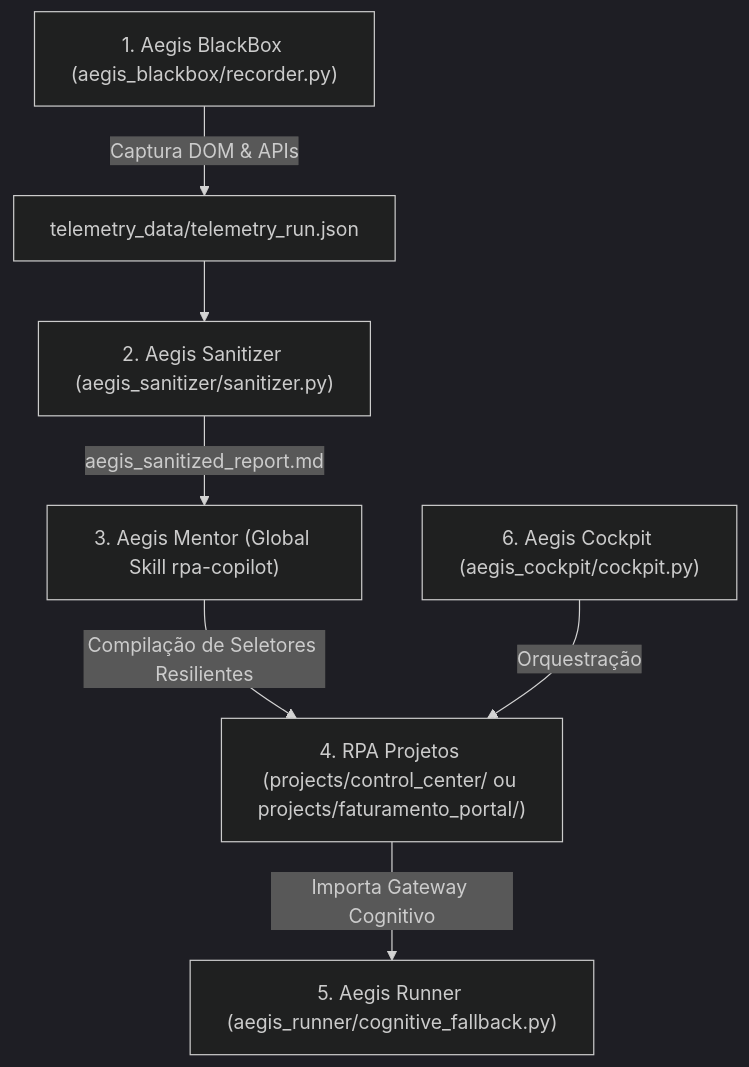
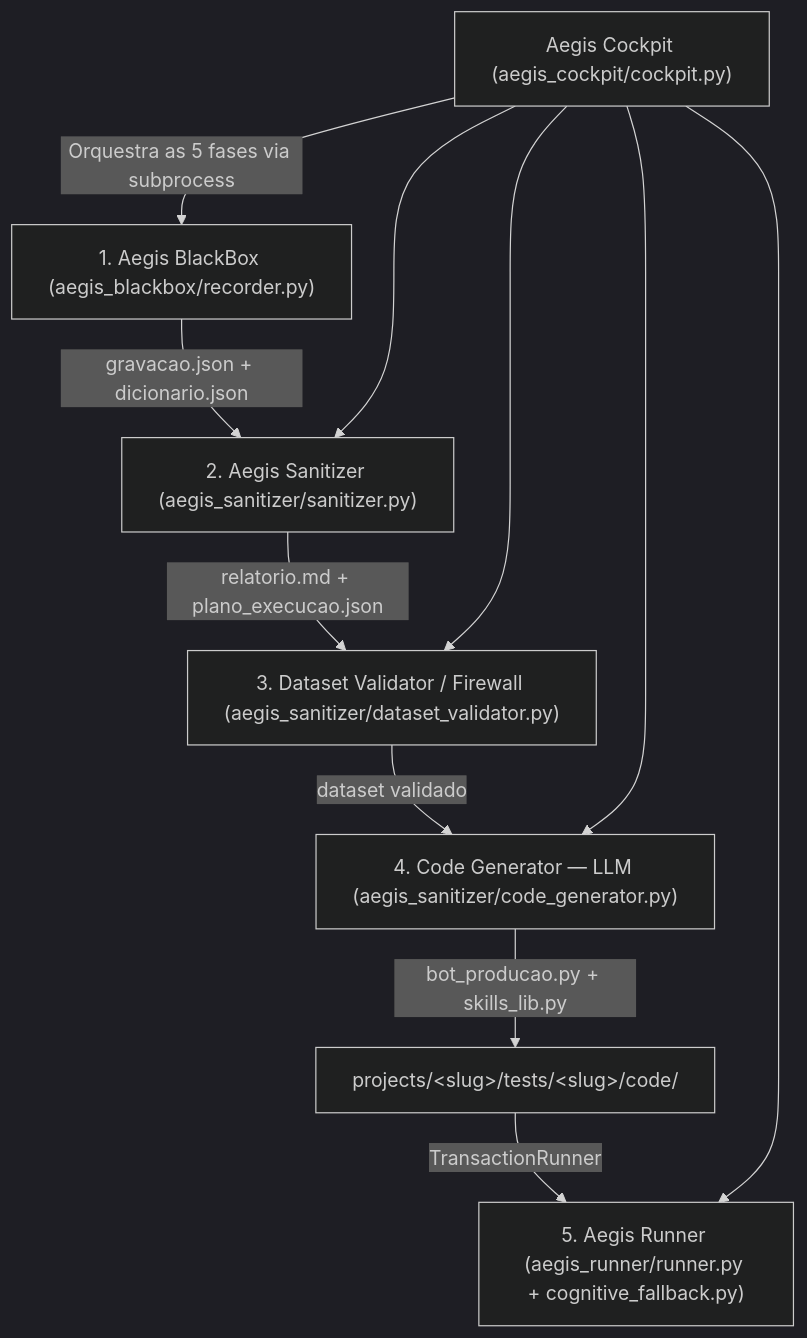
One commit to dseto/aegis_rpa_suite changed the diagram in docs/aegis_architecture_manual.md. Above: the diagram before and after it, drawn with Mermaid (dark theme). The commit also changed other lines of this file and 24 other files, not shown here.

````diff
--- a/docs/aegis_architecture_manual.md
+++ b/docs/aegis_architecture_manual.md
@@ -47,9 +47,13 @@
 ```mermaid
 graph TD
-    A["1. Aegis BlackBox (aegis_blackbox/recorder.py)"] -->|Captura DOM & APIs| B["telemetry_data/telemetry_run.json"]
-    B --> C["2. Aegis Sanitizer (aegis_sanitizer/sanitizer.py)"]
-    C -->|aegis_sanitized_report.md| D["3. Aegis Mentor (Global Skill rpa-copilot)"]
-    D -->|Compilação de Seletores Resilientes| E["4. RPA Projetos (projects/control_center/ ou projects/faturamento_portal/)"]
-    E -->|Importa Gateway Cognitivo| F["5. Aegis Runner (aegis_runner/cognitive_fallback.py)"]
-    G["6. Aegis Cockpit (aegis_cockpit/cockpit.py)"] -->|Orquestração| E
+    A["1. Aegis BlackBox (aegis_blackbox/recorder.py)"] -->|gravacao.json + dicionario.json| B["2. Aegis Sanitizer (aegis_sanitizer/sanitizer.py)"]
+    B -->|relatorio.md + plano_execucao.json| C["3. Dataset Validator / Firewall (aegis_sanitizer/dataset_validator.py)"]
+    C -->|dataset validado| D["4. Code Generator — LLM (aegis_sanitizer/code_generator.py)"]
+    D -->|bot_producao.py + skills_lib.py| E["projects/&lt;slug&gt;/tests/&lt;slug&gt;/code/"]
+    E -->|TransactionRunner| F["5. Aegis Runner (aegis_runner/runner.py + cognitive_fallback.py)"]
+    G["Aegis Cockpit (aegis_cockpit/cockpit.py)"] -->|Orquestra as 5 fases via subprocess| A
+    G --> B
+    G --> C
+    G --> D
+    G --> F
 ```
````
